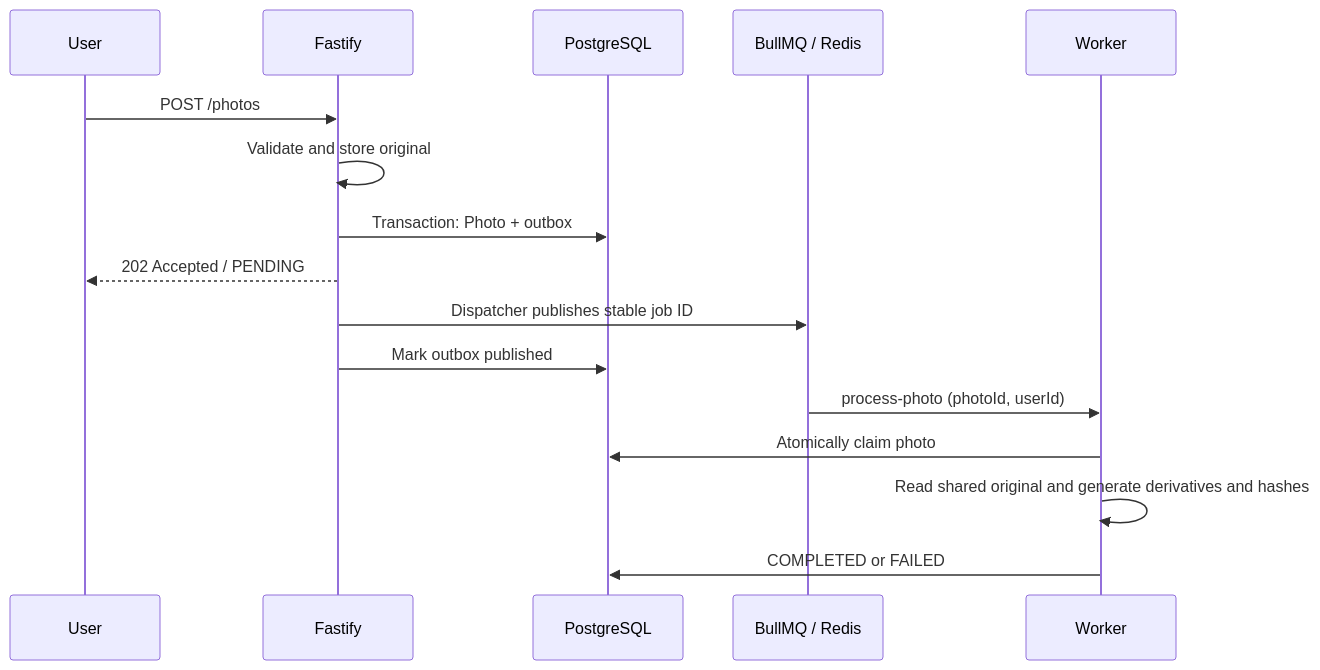
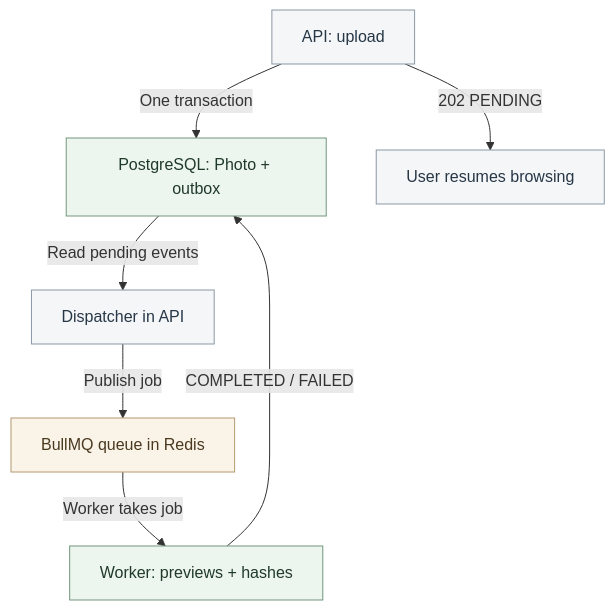
One commit to Valatras/clichy changed the diagram in docs/architecture/application.md. Above: the diagram before and after it, drawn with Mermaid. The commit also changed other lines of this file and 4 other files, not shown here.

Commit message:
docs: update architecture diagrams and improve migration references in documentation

````diff
--- a/docs/architecture/application.md
+++ b/docs/architecture/application.md
@@ -13,18 +13,14 @@
 ```mermaid
-sequenceDiagram
-  participant U as User
-  participant API as Fastify
-  participant DB as PostgreSQL
-  participant Q as BullMQ / Redis
-  participant W as Worker
-  U->>API: POST /photos
-  API->>API: Validate and store original
-  API->>DB: Transaction: Photo + outbox
-  API-->>U: 202 Accepted / PENDING
-  API->>Q: Dispatcher publishes stable job ID
-  API->>DB: Mark outbox published
-  Q->>W: process-photo (photoId, userId)
-  W->>DB: Atomically claim photo
-  W->>W: Read shared original and generate derivatives and hashes
-  W->>DB: COMPLETED or FAILED
+flowchart TB
+  classDef default fill:#f4f6f8,stroke:#8b98a5,color:#273746
+  API["API: upload"] -->|One transaction| DB["PostgreSQL: Photo + outbox"]
+  API -->|202 PENDING| U["User resumes browsing"]
+  DB -->|Read pending events| D["Dispatcher in API"]
+  D -->|Publish job| Q["BullMQ queue in Redis"]
+  Q -->|Worker takes job| W["Worker: previews + hashes"]
+  W -->|COMPLETED / FAILED| DB
+  classDef queue fill:#faf3e8,stroke:#b59a70,color:#49391f
+  classDef work fill:#edf5ef,stroke:#72977d,color:#203a29
+  class Q queue
+  class DB,W work
 ```
````
